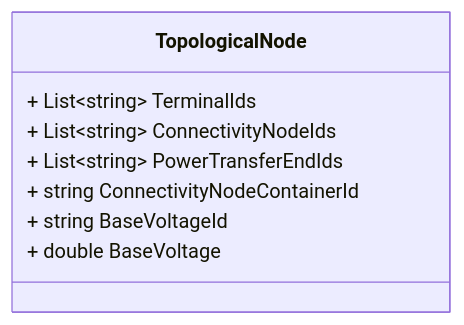
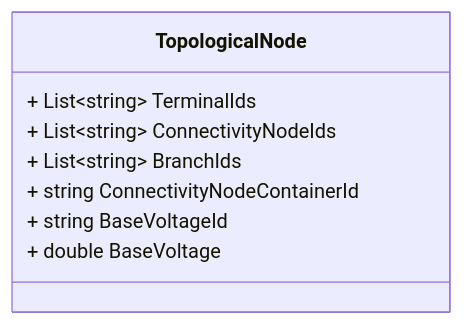
One commit to zaphiro-technologies/protobuf changed the second of 5 diagrams in docs/topology.proto.md. Above: the diagram before and after it, drawn with Mermaid. The commit also changed other lines of this file and 5 other files, not shown here.

````diff
--- a/docs/topology.proto.md
+++ b/docs/topology.proto.md
@@ -47,18 +47,18 @@
 ```mermaid
 classDiagram
 direction LR
 
 %% A topology Node information.
 %% * To be used in ComputedTopology message.
 %% 
 
 class TopologicalNode {
   + List~string~ TerminalIds
   + List~string~ ConnectivityNodeIds
-  + List~string~ PowerTransferEndIds
+  + List~string~ BranchIds
   + string ConnectivityNodeContainerId
   + string BaseVoltageId
   + double BaseVoltage
 }
 
 ```
````
